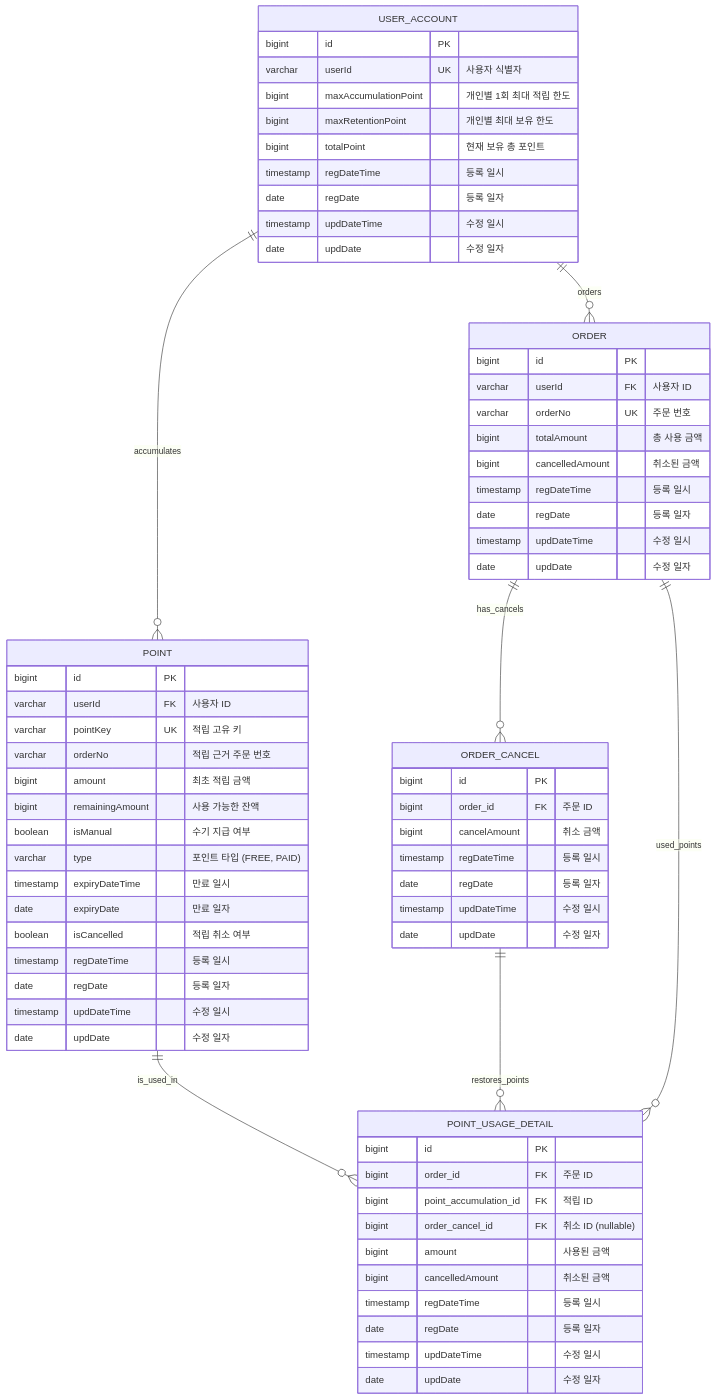
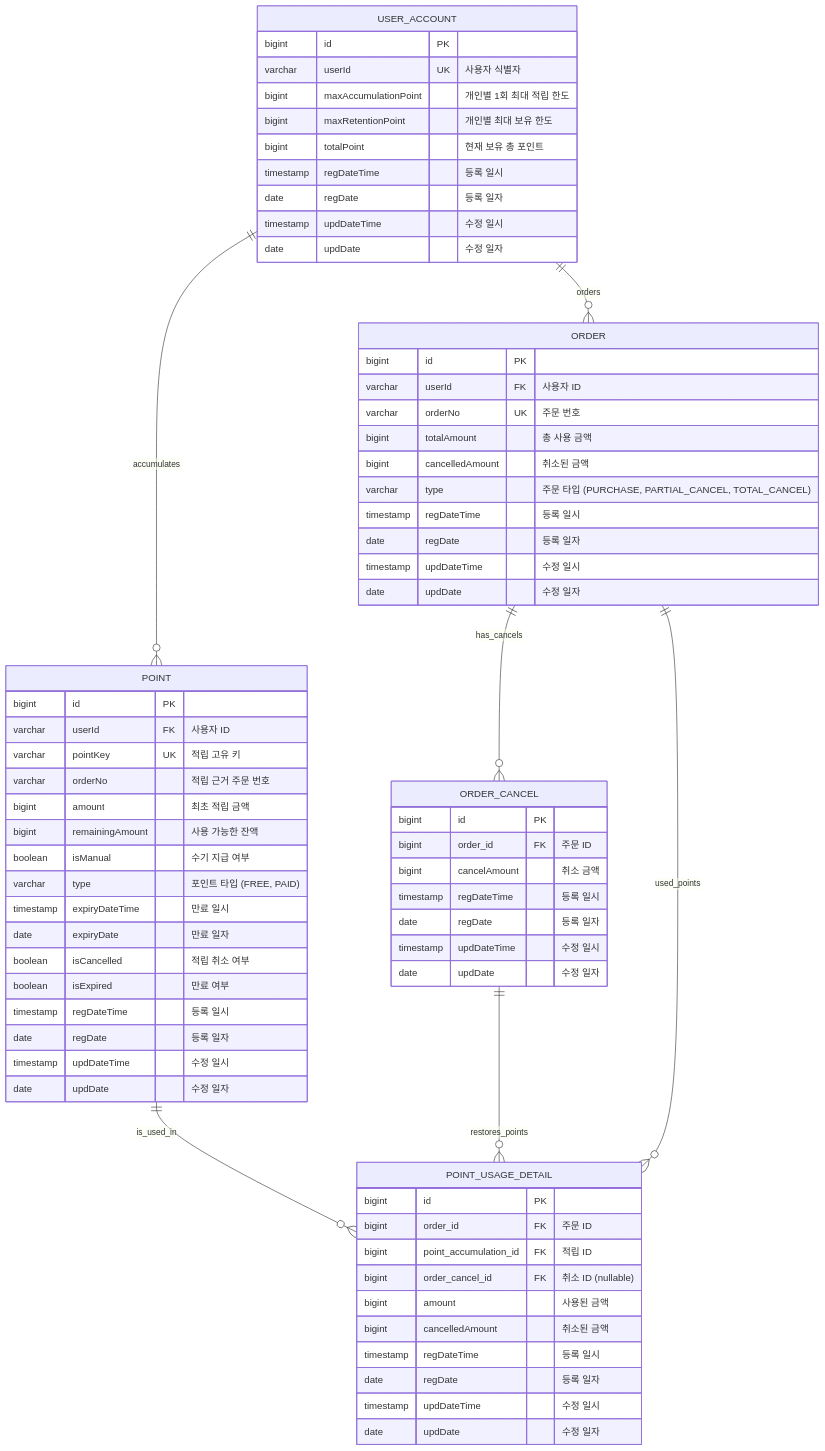
Before and after one commit to muzzaiwork/point: the diagram in docs/데이터베이스 설계.md, drawn with Mermaid. The commit also changed other lines of this file and 8 other files, not shown here.

Commit message:
Add isExpired to Point and type to Order entities

````diff
--- a/docs/데이터베이스 설계.md
+++ b/docs/데이터베이스 설계.md
@@ -5,74 +5,76 @@
 ```mermaid
 erDiagram
     USER_ACCOUNT ||--o{ POINT : "accumulates"
     USER_ACCOUNT ||--o{ ORDER : "orders"
     ORDER ||--o{ ORDER_CANCEL : "has_cancels"
     ORDER ||--o{ POINT_USAGE_DETAIL : "used_points"
     POINT ||--o{ POINT_USAGE_DETAIL : "is_used_in"
     ORDER_CANCEL ||--o{ POINT_USAGE_DETAIL : "restores_points"
 
     USER_ACCOUNT {
         bigint id PK
         varchar userId UK "사용자 식별자"
         bigint maxAccumulationPoint "개인별 1회 최대 적립 한도"
         bigint maxRetentionPoint "개인별 최대 보유 한도"
         bigint totalPoint "현재 보유 총 포인트"
         timestamp regDateTime "등록 일시"
         date regDate "등록 일자"
         timestamp updDateTime "수정 일시"
         date updDate "수정 일자"
     }
 
     POINT {
         bigint id PK
         varchar userId FK "사용자 ID"
         varchar pointKey UK "적립 고유 키"
         varchar orderNo "적립 근거 주문 번호"
         bigint amount "최초 적립 금액"
         bigint remainingAmount "사용 가능한 잔액"
         boolean isManual "수기 지급 여부"
         varchar type "포인트 타입 (FREE, PAID)"
         timestamp expiryDateTime "만료 일시"
         date expiryDate "만료 일자"
         boolean isCancelled "적립 취소 여부"
+        boolean isExpired "만료 여부"
         timestamp regDateTime "등록 일시"
         date regDate "등록 일자"
         timestamp updDateTime "수정 일시"
         date updDate "수정 일자"
     }
 
     ORDER {
         bigint id PK
         varchar userId FK "사용자 ID"
         varchar orderNo UK "주문 번호"
         bigint totalAmount "총 사용 금액"
         bigint cancelledAmount "취소된 금액"
+        varchar type "주문 타입 (PURCHASE, PARTIAL_CANCEL, TOTAL_CANCEL)"
         timestamp regDateTime "등록 일시"
         date regDate "등록 일자"
         timestamp updDateTime "수정 일시"
         date updDate "수정 일자"
     }
 
     ORDER_CANCEL {
         bigint id PK
         bigint order_id FK "주문 ID"
         bigint cancelAmount "취소 금액"
         timestamp regDateTime "등록 일시"
         date regDate "등록 일자"
         timestamp updDateTime "수정 일시"
         date updDate "수정 일자"
     }
 
     POINT_USAGE_DETAIL {
         bigint id PK
         bigint order_id FK "주문 ID"
         bigint point_accumulation_id FK "적립 ID"
         bigint order_cancel_id FK "취소 ID (nullable)"
         bigint amount "사용된 금액"
         bigint cancelledAmount "취소된 금액"
         timestamp regDateTime "등록 일시"
         date regDate "등록 일자"
         timestamp updDateTime "수정 일시"
         date updDate "수정 일자"
     }
 ```
````
